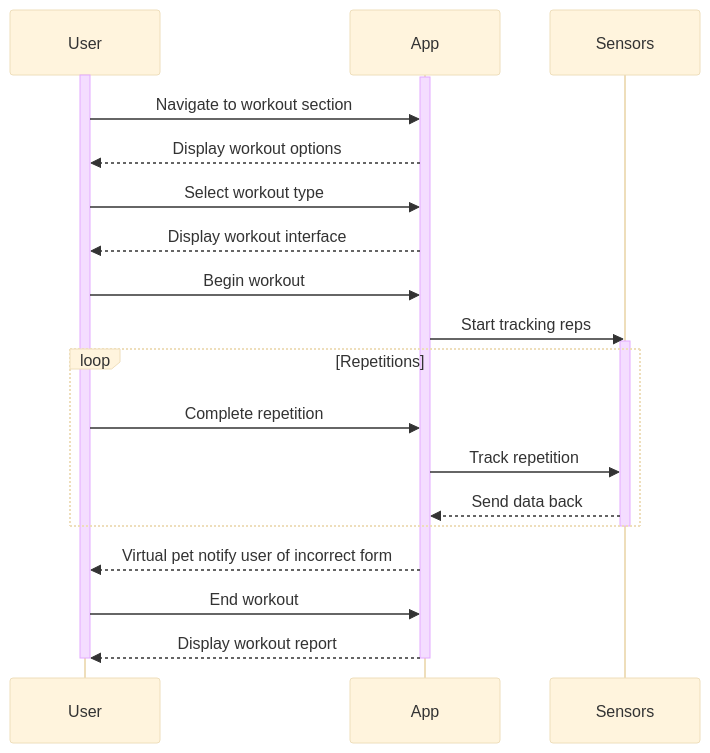
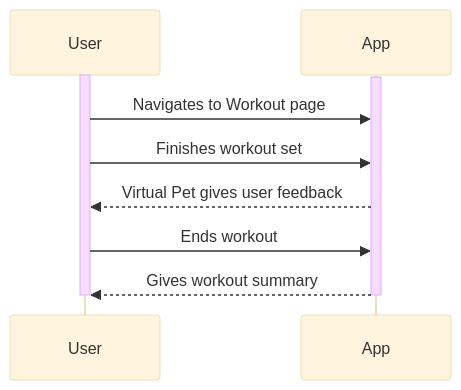
One commit to Capstone-Projects-2024-Spring/project-smartweights changed the seventh of 12 diagrams in documentation/docs/system-architecture/sequence-diagrams.md. Above: the diagram before and after it, drawn with Mermaid (base theme). The commit also changed other lines of this file, not shown here.

````diff
--- a/documentation/docs/system-architecture/sequence-diagrams.md
+++ b/documentation/docs/system-architecture/sequence-diagrams.md
@@ -302,32 +223,19 @@
 ```mermaid 
 sequenceDiagram
     participant User
     participant App
     
-    participant Sensors
-    
-
     activate User
     activate App
-    User->>App: Navigate to workout section
-    App-->>User: Display workout options
-    User->>App: Select workout type
-    App-->>User: Display workout interface
-    User->>App: Begin workout
-    App->>Sensors: Start tracking reps
-    activate Sensors
-    loop Repetitions
-        User->>App: Complete repetition
-        App->>Sensors: Track repetition
-        Sensors-->>App: Send data back
-    end
-    deactivate Sensors
-    App-->>User: Virtual pet notify user of incorrect form
-    User->>App: End workout
-    App-->>User: Display workout report
+    User->>App: Navigates to Workout page
+    User->>App: Finishes workout set
+    App-->>User: Virtual Pet gives user feedback
+    User->>App: Ends workout
+    App-->>User: Gives workout summary
+
 
 
     deactivate User
     deactivate App
     
 ```
````
